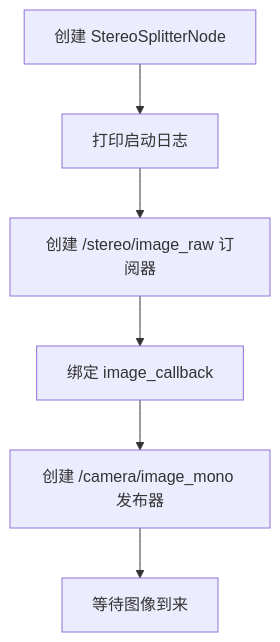
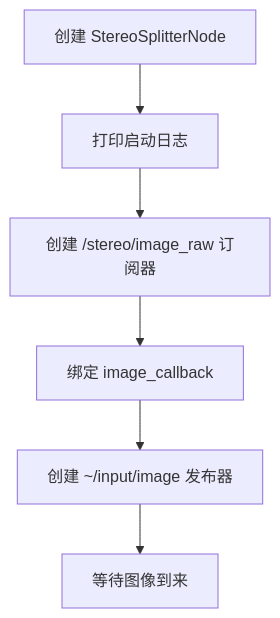
Before and after one commit to PT233/dog_dev: the first of 2 diagrams in docs/stereo_splitter/stereo_splitter-node-code.md, drawn with Mermaid. The commit also changed other lines of this file and 322 other files, not shown here.

````diff
--- a/docs/stereo_splitter/stereo_splitter-node-code.md
+++ b/docs/stereo_splitter/stereo_splitter-node-code.md
@@ -156,8 +156,8 @@
 ```mermaid
 flowchart TD
   A[创建 StereoSplitterNode] --> B[打印启动日志]
   B --> C[创建 /stereo/image_raw 订阅器]
   C --> D[绑定 image_callback]
-  D --> E[创建 /camera/image_mono 发布器]
+  D --> E[创建 ~/input/image 发布器]
   E --> F[等待图像到来]
 ```
````
